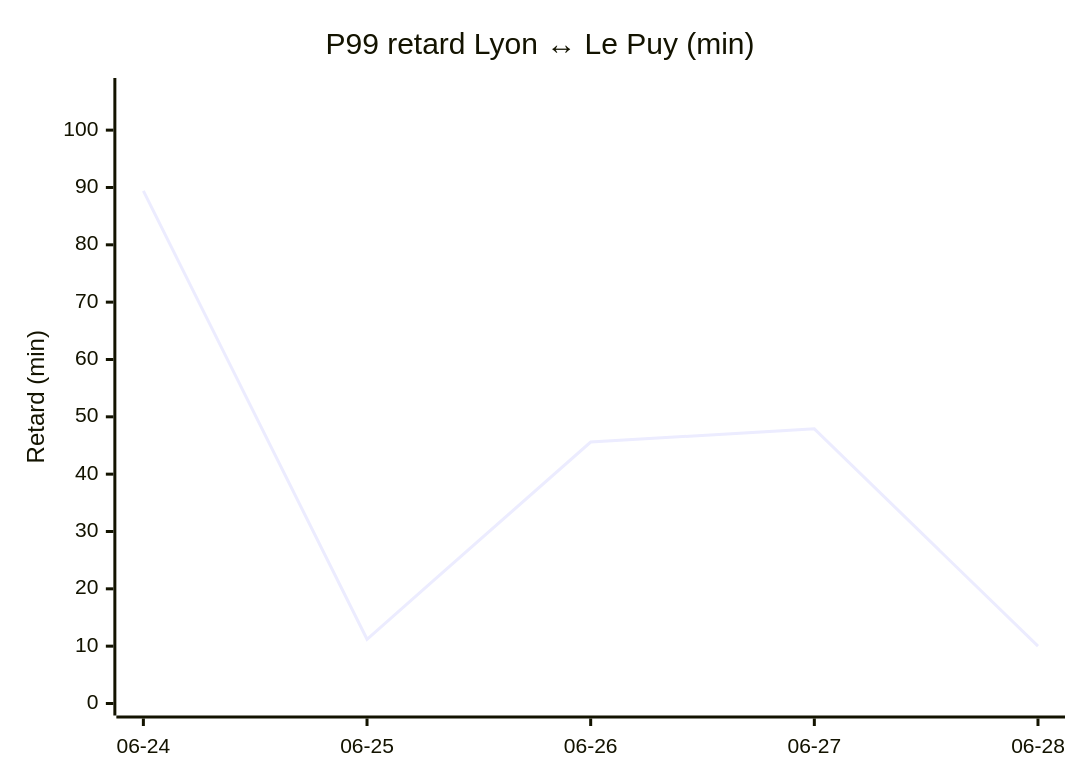
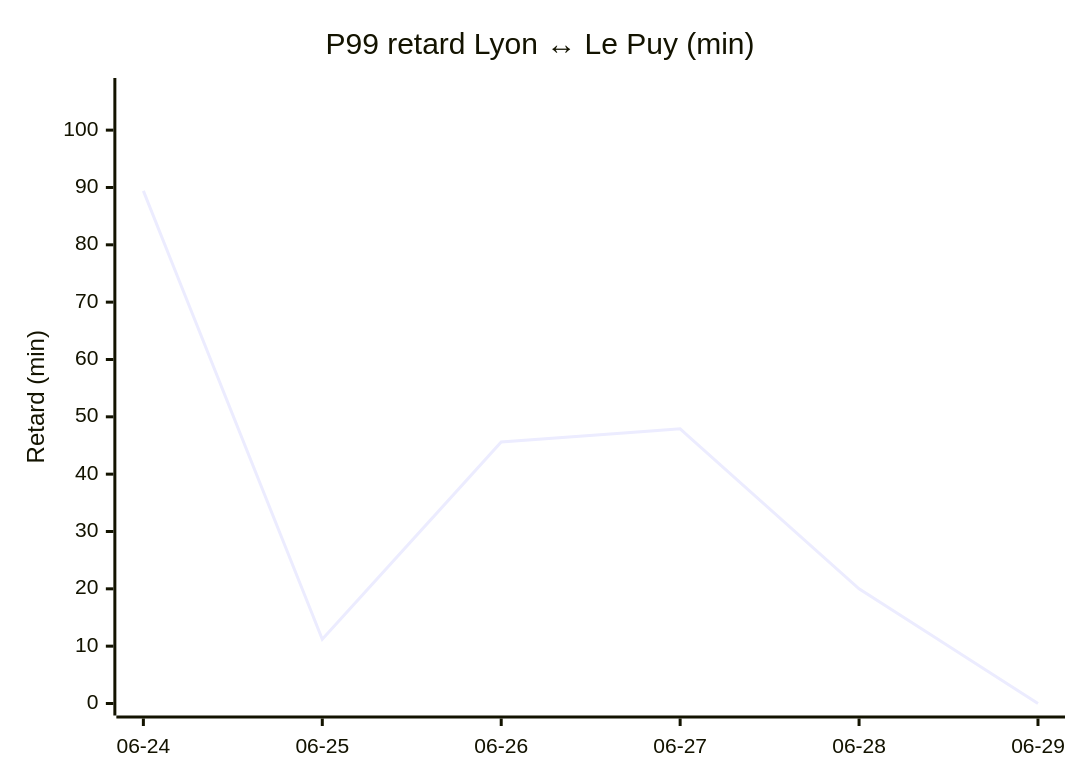
Before and after one commit to antoinerep/horaire-ter: the fourth of 4 diagrams in STATS.md, drawn with Mermaid. The commit also changed other lines of this file and 1 other file, not shown here.

````diff
--- a/STATS.md
+++ b/STATS.md
@@ -87,7 +88,7 @@
 ```mermaid
 xychart-beta
     title "P99 retard Lyon ↔ Le Puy (min)"
-    x-axis ["06-24", "06-25", "06-26", "06-27", "06-28"]
+    x-axis ["06-24", "06-25", "06-26", "06-27", "06-28", "06-29"]
     y-axis "Retard (min)" 0 --> 107
-    line [89.4, 11.2, 45.6, 47.9, 10.0]
+    line [89.4, 11.2, 45.6, 47.9, 20.0, 0.0]
 ```
````
